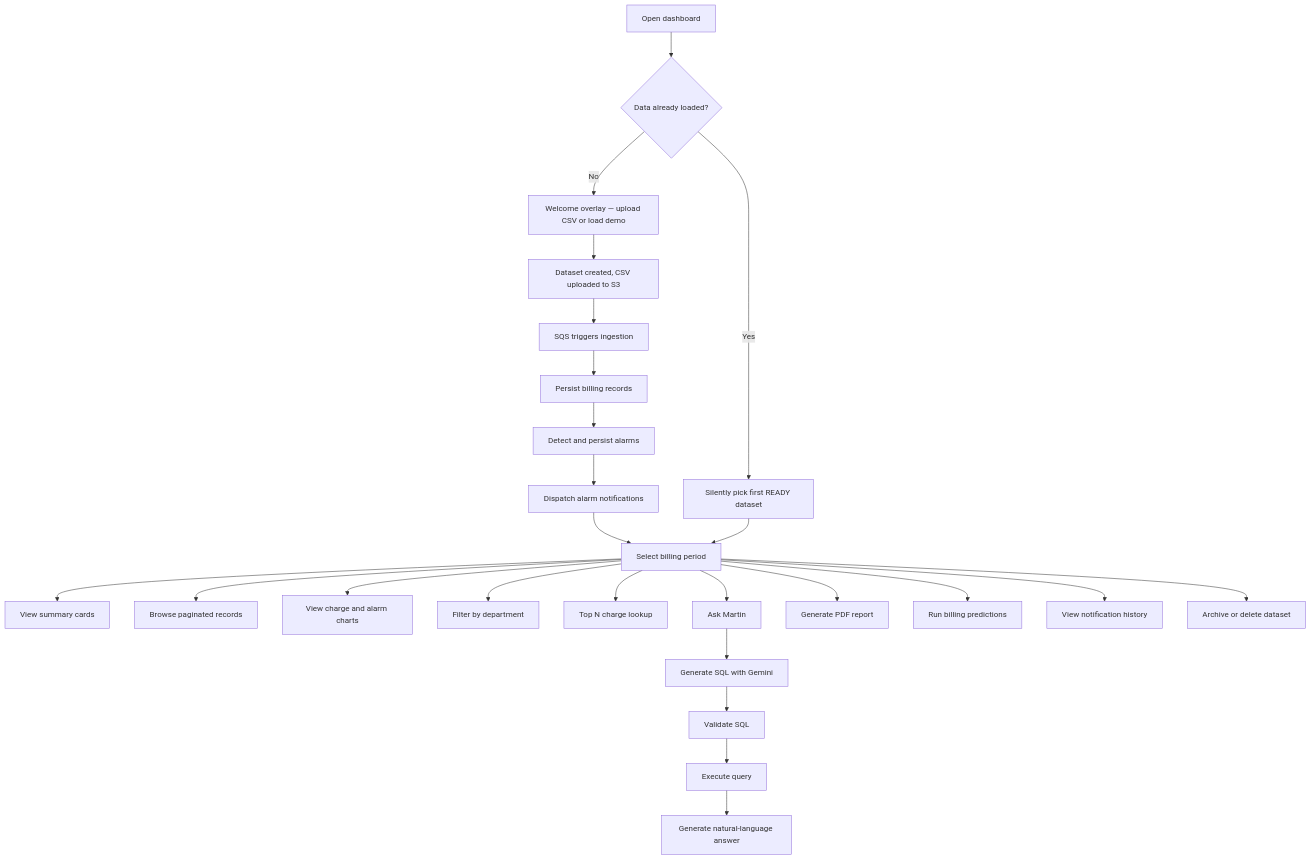
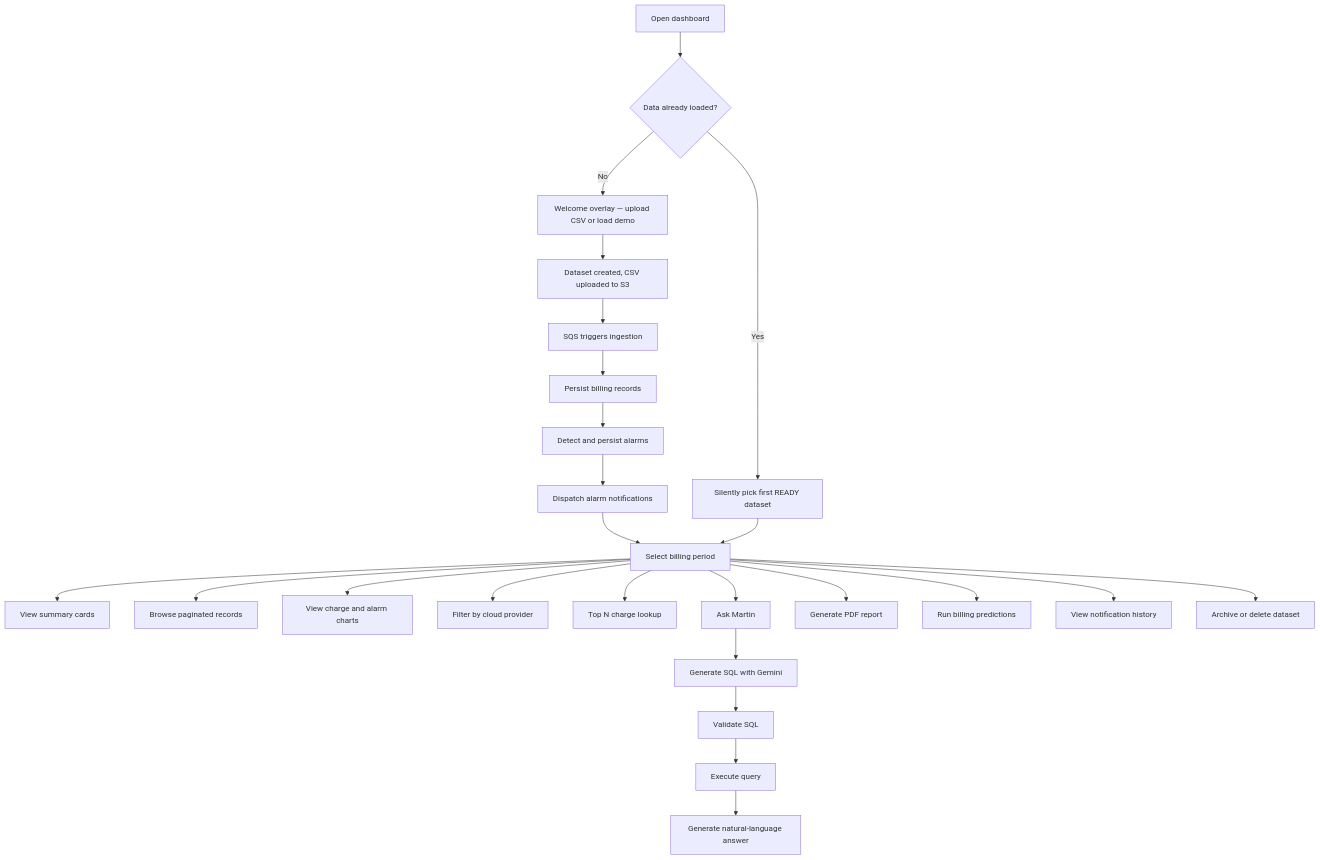
Before and after one commit to jawadazeem/Project-ETL: the first of 5 diagrams in docs/product-system-documentation.md, drawn with Mermaid. The commit also changed other lines of this file and 62 other files, not shown here.

````diff
--- a/docs/product-system-documentation.md
+++ b/docs/product-system-documentation.md
@@ -49,27 +49,27 @@
 ```mermaid
 flowchart TD
     A["Open dashboard"] --> B{"Data already loaded?"}
     B -->|No| C["Welcome overlay — upload CSV or load demo"]
     C --> D["Dataset created, CSV uploaded to S3"]
     D --> E["SQS triggers ingestion"]
     E --> F["Persist billing records"]
     F --> G["Detect and persist alarms"]
     G --> G2["Dispatch alarm notifications"]
     B -->|Yes| H["Silently pick first READY dataset"]
     G2 --> I["Select billing period"]
     H --> I
     I --> J["View summary cards"]
     I --> K["Browse paginated records"]
     I --> L["View charge and alarm charts"]
-    I --> M["Filter by department"]
+    I --> M["Filter by cloud provider"]
     I --> N["Top N charge lookup"]
     I --> O["Ask Martin"]
     I --> P2["Generate PDF report"]
     I --> P3["Run billing predictions"]
     I --> P4["View notification history"]
     I --> P5["Archive or delete dataset"]
     O --> P["Generate SQL with Gemini"]
     P --> Q["Validate SQL"]
     Q --> R["Execute query"]
     R --> S["Generate natural-language answer"]
 ```
````
